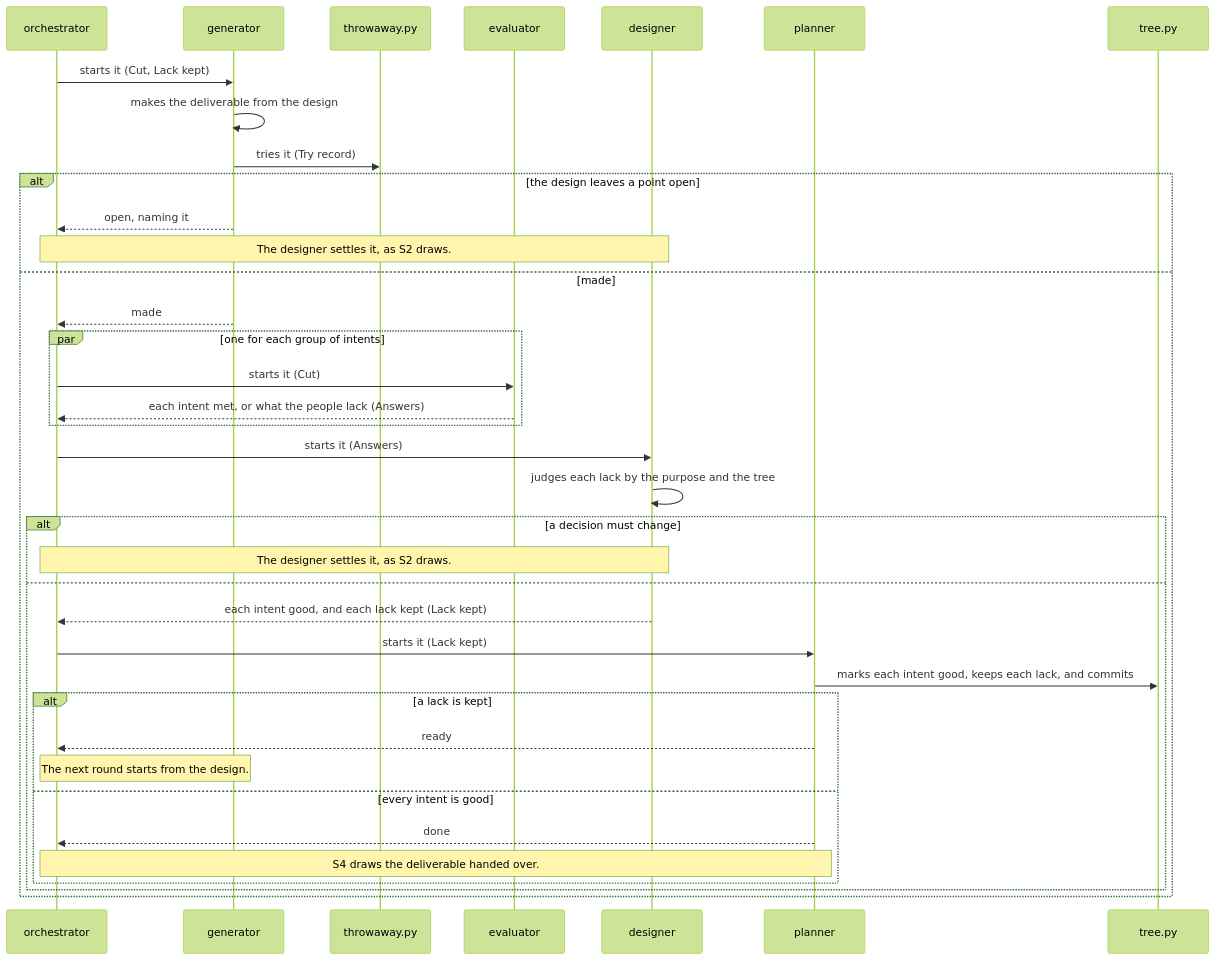
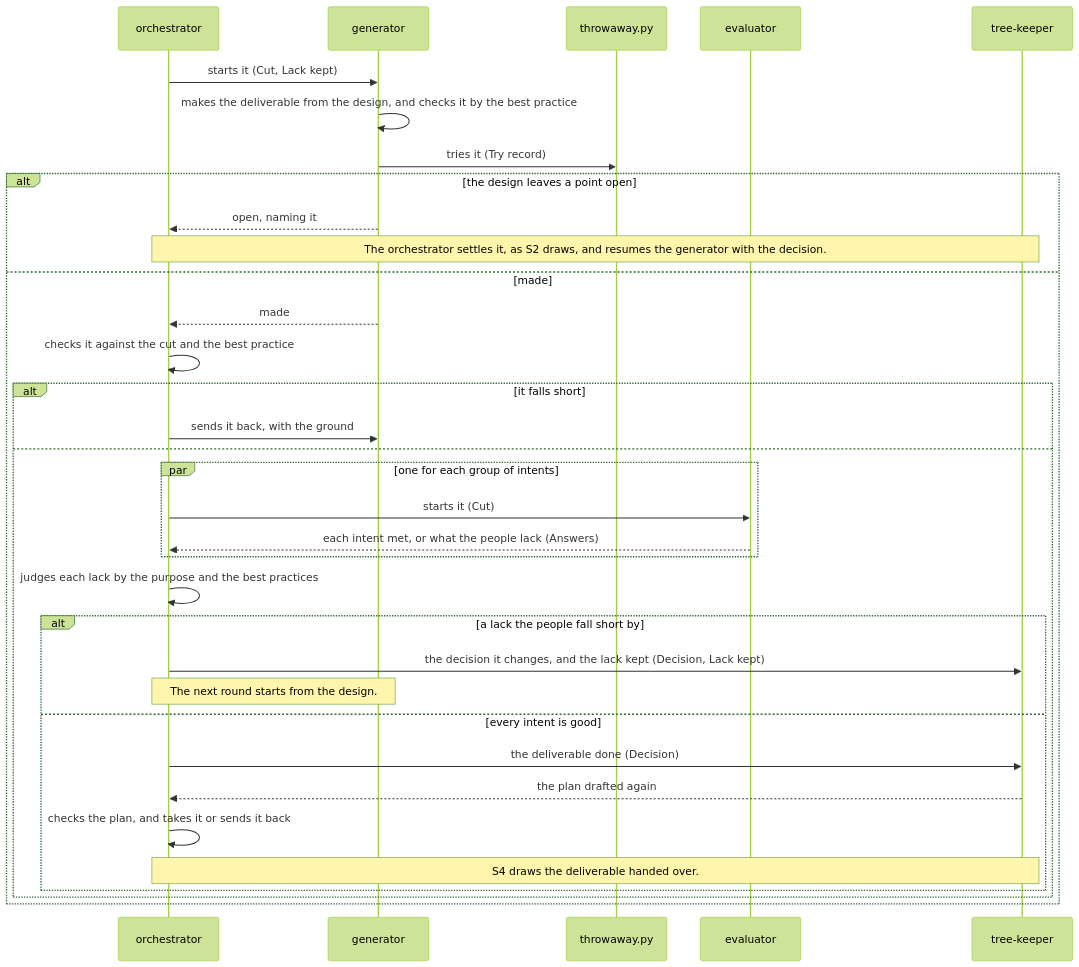
One commit to lovaizu/ccpm changed the third of 5 diagrams in dev/rn/architecture.md. Above: the diagram before and after it, drawn with Mermaid (forest theme). The commit also changed other lines of this file and 5 other files, not shown here.

````diff
--- a/dev/rn/architecture.md
+++ b/dev/rn/architecture.md
@@ -196,39 +201,36 @@
 ```mermaid
 sequenceDiagram
   participant O as orchestrator
   participant G as generator
   participant W as throwaway.py
   participant E as evaluator
-  participant D as designer
-  participant P as planner
-  participant T as tree.py
+  participant K as tree-keeper
   O->>G: starts it (Cut, Lack kept)
-  G->>G: makes the deliverable from the design
+  G->>G: makes the deliverable from the design, and checks it by the best practice
   G->>W: tries it (Try record)
   alt the design leaves a point open
     G-->>O: open, naming it
-    Note over O,D: The designer settles it, as S2 draws.
+    Note over O,K: The orchestrator settles it, as S2 draws, and resumes the generator with the decision.
   else made
     G-->>O: made
-    par one for each group of intents
-      O->>E: starts it (Cut)
-      E-->>O: each intent met, or what the people lack (Answers)
-    end
-    O->>D: starts it (Answers)
-    D->>D: judges each lack by the purpose and the tree
-    alt a decision must change
-      Note over O,D: The designer settles it, as S2 draws.
+    O->>O: checks it against the cut and the best practice
+    alt it falls short
+      O->>G: sends it back, with the ground
     else
-      D-->>O: each intent good, and each lack kept (Lack kept)
-      O->>P: starts it (Lack kept)
-      P->>T: marks each intent good, keeps each lack, and commits
-      alt a lack is kept
-        P-->>O: ready
+      par one for each group of intents
+        O->>E: starts it (Cut)
+        E-->>O: each intent met, or what the people lack (Answers)
+      end
+      O->>O: judges each lack by the purpose and the best practices
+      alt a lack the people fall short by
+        O->>K: the decision it changes, and the lack kept (Decision, Lack kept)
         Note over O,G: The next round starts from the design.
       else every intent is good
-        P-->>O: done
-        Note over O,P: S4 draws the deliverable handed over.
+        O->>K: the deliverable done (Decision)
+        K-->>O: the plan drafted again
+        O->>O: checks the plan, and takes it or sends it back
+        Note over O,K: S4 draws the deliverable handed over.
       end
     end
   end
 ```
````
